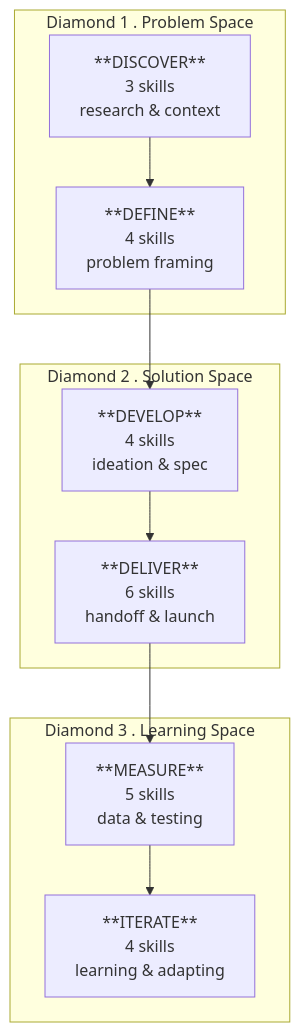
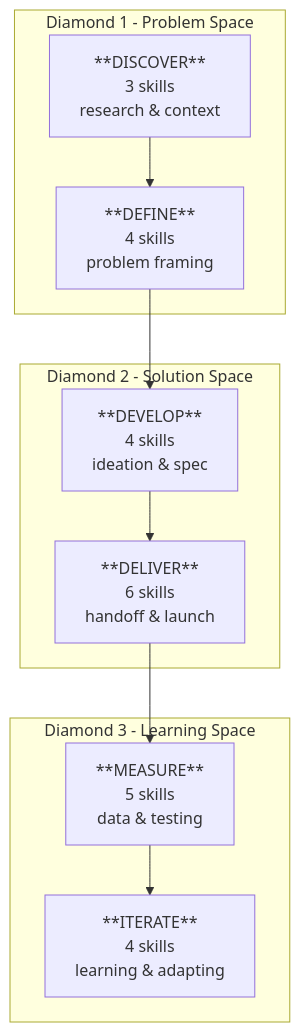
The diagram in site/src/content/docs/reference/pm-skill-anatomy.md (product-on-purpose/pm-skills), drawn with Mermaid before and after one commit. The commit also changed other lines of this file and 23 other files, not shown here.

````diff
--- a/site/src/content/docs/reference/pm-skill-anatomy.md
+++ b/site/src/content/docs/reference/pm-skill-anatomy.md
@@ -135,20 +135,20 @@
 ```mermaid
 graph TD
-    subgraph Diamond1["Diamond 1 . Problem Space"]
+    subgraph Diamond1["Diamond 1 - Problem Space"]
         DISCOVER["**DISCOVER**\n3 skills\nresearch & context"]
         DEFINE["**DEFINE**\n4 skills\nproblem framing"]
     end
-    subgraph Diamond2["Diamond 2 . Solution Space"]
+    subgraph Diamond2["Diamond 2 - Solution Space"]
         DEVELOP["**DEVELOP**\n4 skills\nideation & spec"]
         DELIVER["**DELIVER**\n6 skills\nhandoff & launch"]
     end
-    subgraph Diamond3["Diamond 3 . Learning Space"]
+    subgraph Diamond3["Diamond 3 - Learning Space"]
         MEASURE["**MEASURE**\n5 skills\ndata & testing"]
         ITERATE["**ITERATE**\n4 skills\nlearning & adapting"]
     end
     DISCOVER --> DEFINE
     DEFINE --> DEVELOP
     DEVELOP --> DELIVER
     DELIVER --> MEASURE
     MEASURE --> ITERATE
 ```
````
